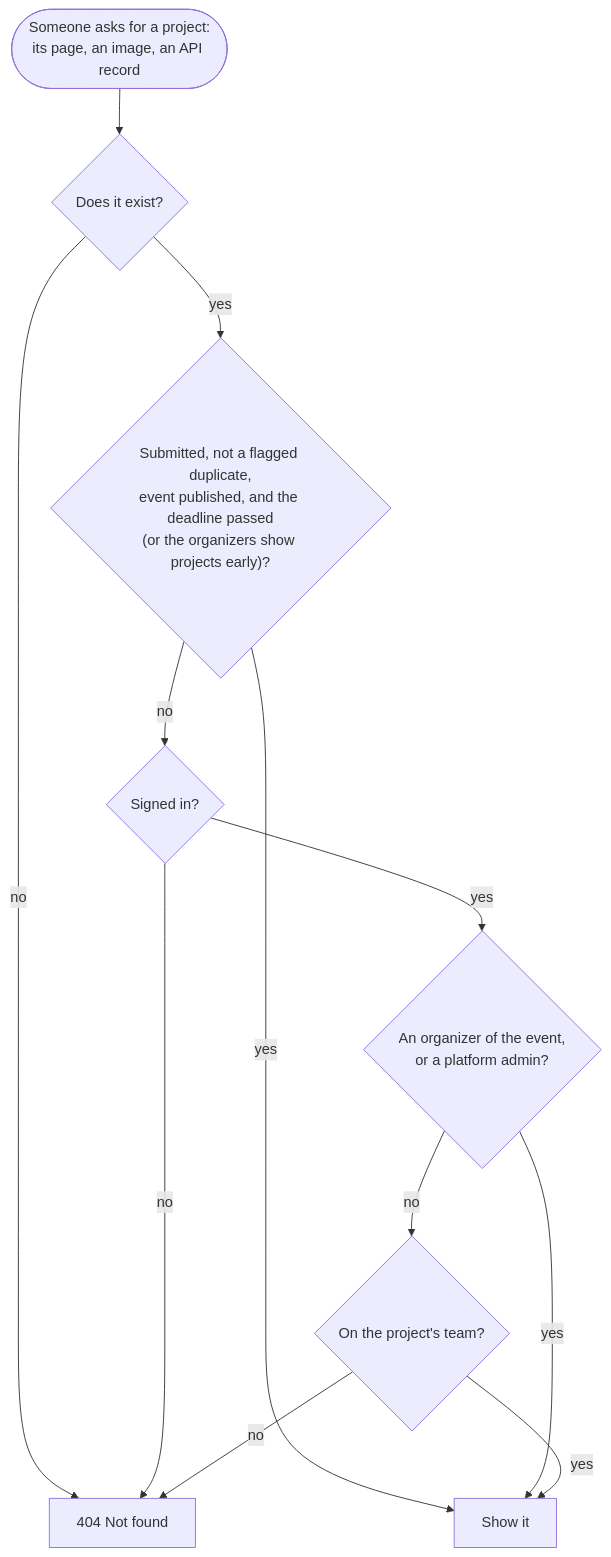
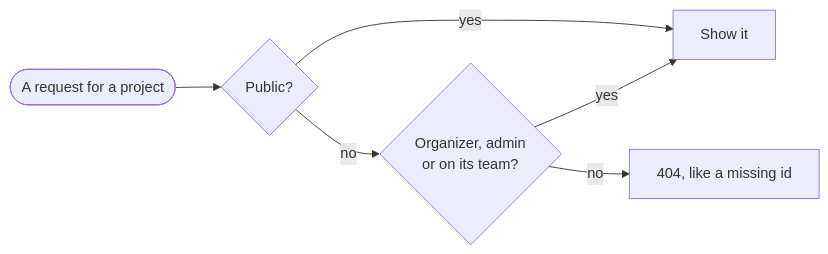
One commit to manusingh090/Shipshape changed the sixth of 19 diagrams in ARCHITECTURE.md. Above: the diagram before and after it, drawn with Mermaid. The commit also changed other lines of this file and 2 other files, not shown here.

Commit message:
Update files: shorter README, compact diagrams

````diff
--- a/ARCHITECTURE.md
+++ b/ARCHITECTURE.md
@@ -253,14 +247,8 @@
 ```mermaid
-flowchart TD
-    start(["Someone asks for a project:<br/>its page, an image, an API record"]) --> exists{"Does it exist?"}
-    exists -- no --> nf["404 Not found"]
-    exists -- yes --> listed{"Submitted, not a flagged duplicate,<br/>event published, and the deadline passed<br/>(or the organizers show projects early)?"}
-    listed -- yes --> show["Show it"]
-    listed -- no --> signed{"Signed in?"}
-    signed -- no --> nf
-    signed -- yes --> staff{"An organizer of the event,<br/>or a platform admin?"}
-    staff -- yes --> show
-    staff -- no --> team{"On the project's team?"}
-    team -- yes --> show
-    team -- no --> nf
+flowchart LR
+    ask(["A request for a project"]) --> public{"Public?"}
+    public -- yes --> show["Show it"]
+    public -- no --> insider{"Organizer, admin<br/>or on its team?"}
+    insider -- yes --> show
+    insider -- no --> nf["404, like a missing id"]
 ```
````
